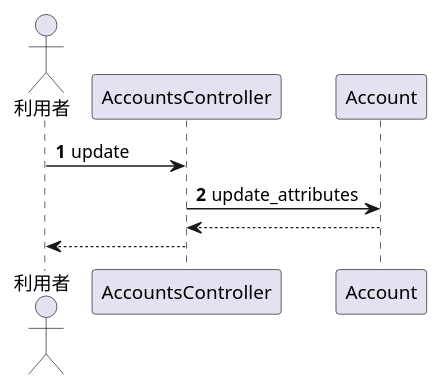
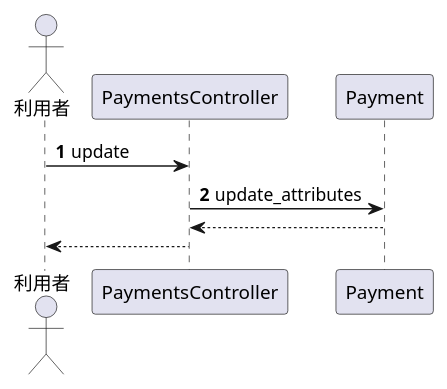
One commit to Leonis0813/chort changed the sixth of 8 diagrams in algieba/sphinx/internal.rst. Above: the diagram before and after it, drawn with PlantUML. The commit also changed other lines of this file and 2 other files, not shown here.

```diff
--- a/algieba/sphinx/internal.rst
+++ b/algieba/sphinx/internal.rst
@@ -277,11 +277,11 @@
 .. uml::
 
    autonumber
 
    actor 利用者
-   利用者 -> AccountsController : update
-   AccountsController -> Account : update_attributes
+   利用者 -> PaymentsController : update
+   PaymentsController -> Payment : update_attributes
 
    autonumber stop
-   Account --> AccountsController
-   AccountsController --> 利用者
+   Payment --> PaymentsController
+   PaymentsController --> 利用者
```
